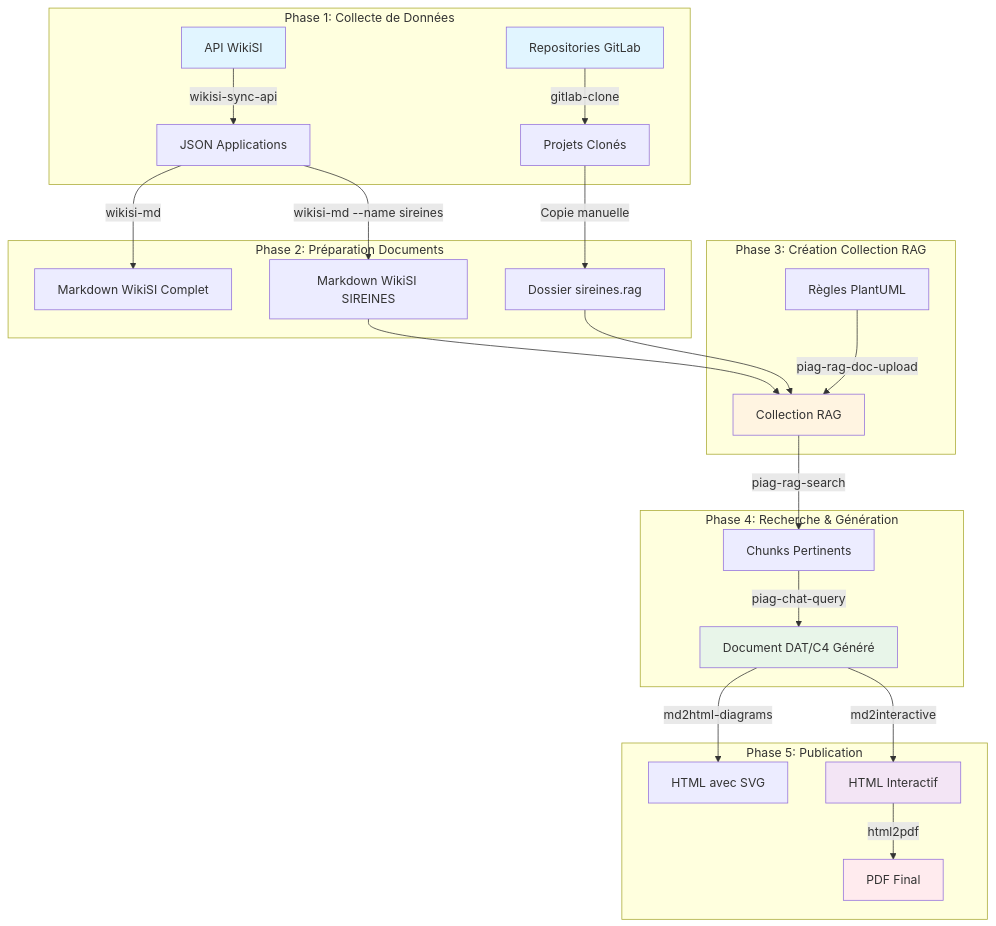
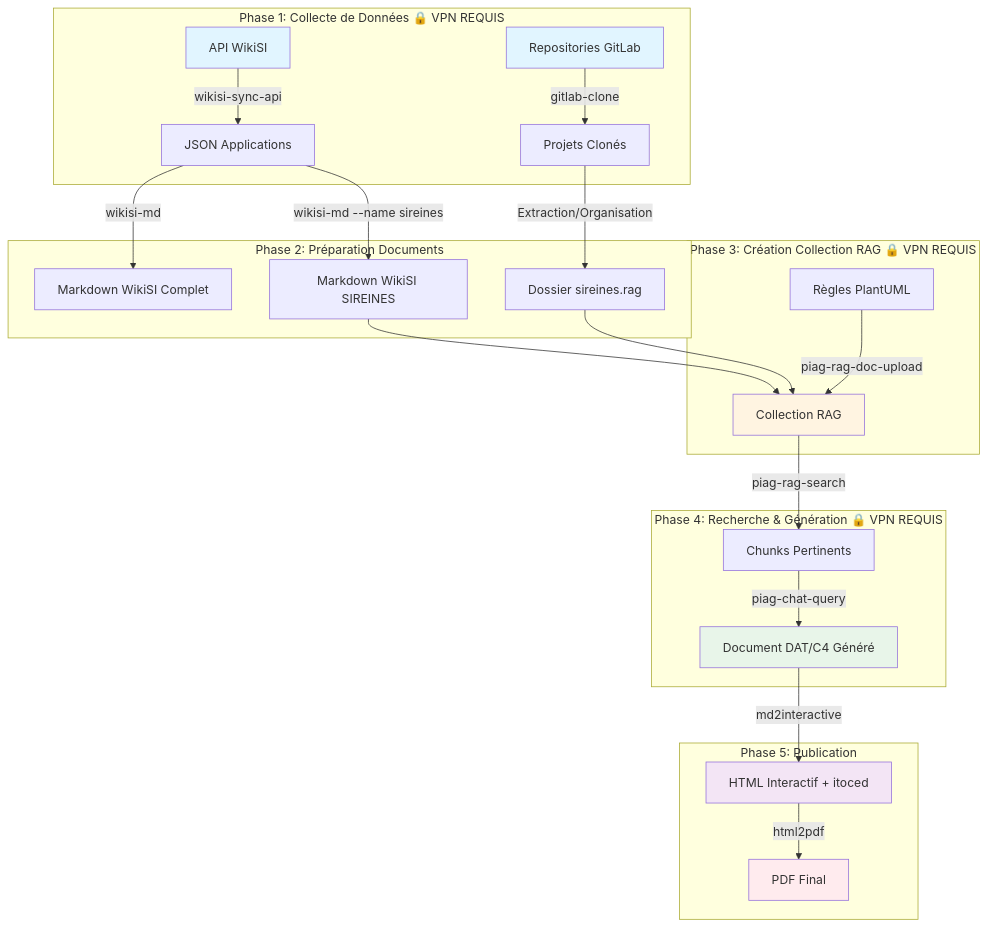
Before and after one commit to warchosian/ambulon: the first of 8 diagrams in doc/sireines.automation.md, drawn with Mermaid. The commit also changed other lines of this file, not shown here.

First line of the commit message:
docs(sireines): améliore documentation automation pipeline

````diff
--- a/doc/sireines.automation.md
+++ b/doc/sireines.automation.md
@@ -9,37 +9,36 @@
 ```mermaid
 graph TB
-    subgraph "Phase 1: Collecte de Données"
+    subgraph "Phase 1: Collecte de Données 🔒 VPN REQUIS"
         A[API WikiSI] -->|wikisi-sync-api| B[JSON Applications]
         C[Repositories GitLab] -->|gitlab-clone| D[Projets Clonés]
     end
 
     subgraph "Phase 2: Préparation Documents"
         B -->|wikisi-md| E[Markdown WikiSI Complet]
         B -->|wikisi-md --name sireines| F[Markdown WikiSI SIREINES]
-        D -->|Copie manuelle| G[Dossier sireines.rag]
+        D -->|Extraction/Organisation| G[Dossier sireines.rag]
     end
 
-    subgraph "Phase 3: Création Collection RAG"
+    subgraph "Phase 3: Création Collection RAG 🔒 VPN REQUIS"
         F --> H[Collection RAG]
         G --> H
         I[Règles PlantUML] -->|piag-rag-doc-upload| H
     end
 
-    subgraph "Phase 4: Recherche & Génération"
+    subgraph "Phase 4: Recherche & Génération 🔒 VPN REQUIS"
         H -->|piag-rag-search| J[Chunks Pertinents]
         J -->|piag-chat-query| K[Document DAT/C4 Généré]
     end
 
     subgraph "Phase 5: Publication"
-        K -->|md2html-diagrams| L[HTML avec SVG]
-        K -->|md2interactive| M[HTML Interactif]
+        K -->|md2interactive| M[HTML Interactif + itoced]
         M -->|html2pdf| N[PDF Final]
     end
 
     style A fill:#e1f5ff
     style C fill:#e1f5ff
     style H fill:#fff4e1
     style K fill:#e8f5e9
     style M fill:#f3e5f5
     style N fill:#ffebee
 ```
````
